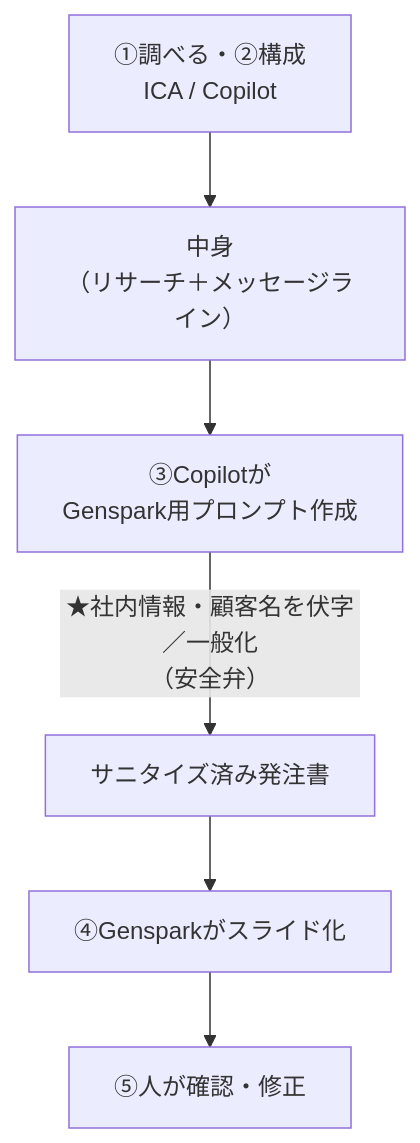
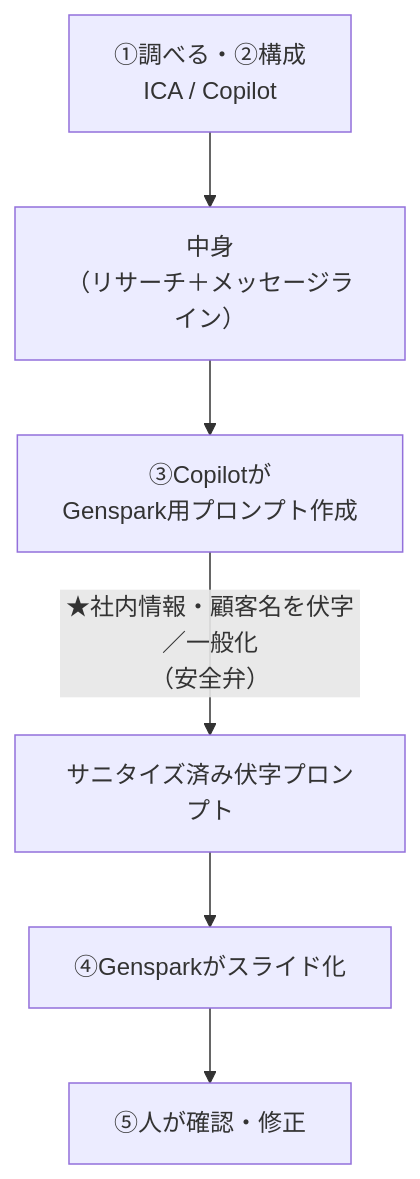
The diagram in docs/scripts/l1.md (horiken1977/ai-education), drawn with Mermaid before and after one commit. The commit also changed other lines of this file and 9 other files, not shown here.

````diff
--- a/docs/scripts/l1.md
+++ b/docs/scripts/l1.md
@@ -28,8 +28,8 @@
 ```mermaid
 flowchart TD
     A["①調べる・②構成<br/>ICA / Copilot"] --> B["中身<br/>（リサーチ＋メッセージライン）"]
     B --> C["③Copilotが<br/>Genspark用プロンプト作成"]
-    C -->|"★社内情報・顧客名を伏字／一般化<br/>（安全弁）"| D["サニタイズ済み発注書"]
+    C -->|"★社内情報・顧客名を伏字／一般化<br/>（安全弁）"| D["サニタイズ済み伏字プロンプト"]
     D --> E["④Gensparkがスライド化"]
     E --> F["⑤人が確認・修正"]
 ```
````
